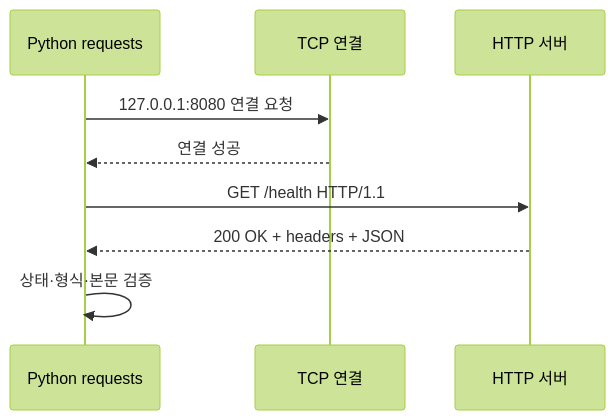
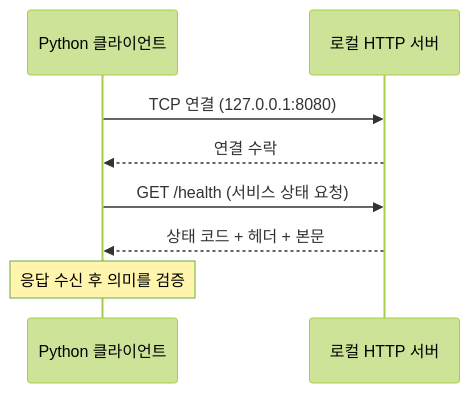
Before and after one commit to zxz3650/Python: the diagram in 07-http-api/07-1-url-http-messages.md, drawn with Mermaid (forest theme). The commit also changed other lines of this file and 10 other files, not shown here.

````diff
--- a/07-http-api/07-1-url-http-messages.md
+++ b/07-http-api/07-1-url-http-messages.md
@@ -16,11 +9,10 @@
 ```mermaid
 sequenceDiagram
-    participant P as Python requests
-    participant T as TCP 연결
-    participant S as HTTP 서버
-    P->>T: 127.0.0.1:8080 연결 요청
-    T-->>P: 연결 성공
-    P->>S: GET /health HTTP/1.1
-    S-->>P: 200 OK + headers + JSON
-    P->>P: 상태·형식·본문 검증
+    participant P as Python 클라이언트
+    participant S as 로컬 HTTP 서버
+    P->>S: TCP 연결 (127.0.0.1:8080)
+    S-->>P: 연결 수락
+    P->>S: GET /health (서비스 상태 요청)
+    S-->>P: 상태 코드 + 헤더 + 본문
+    Note over P: 응답 수신 후 의미를 검증
 ```
````
